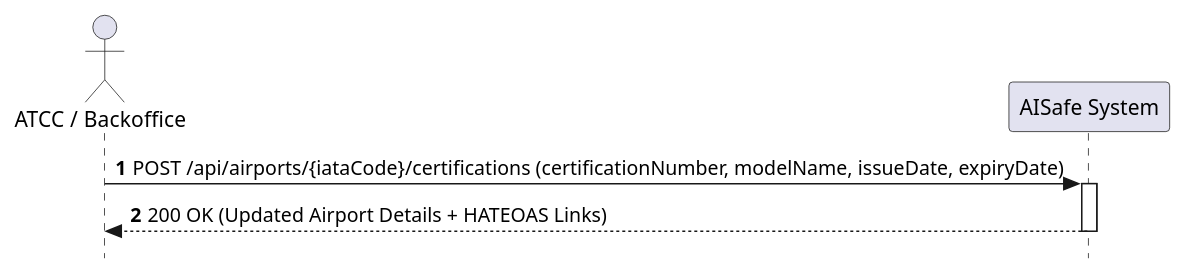
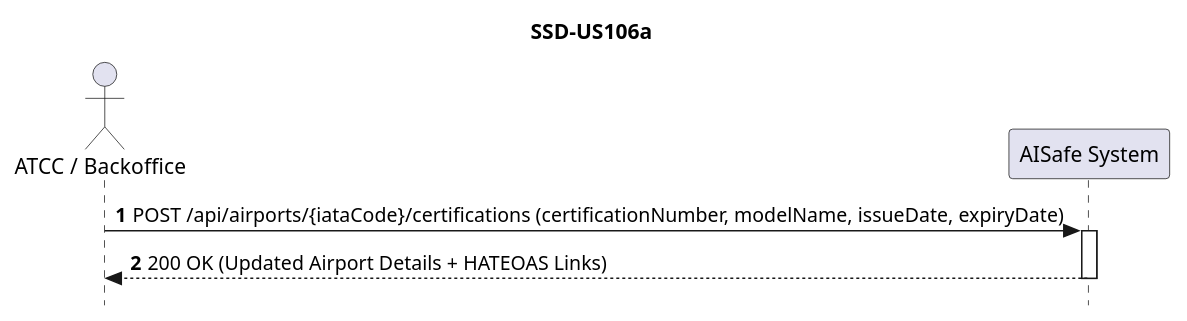
Before and after one commit to anamartasilvaa/PSOFT_AISafe_Flight: the diagram in docs/WP#2A-Airports/US106a/US106a-SSD.puml, drawn with PlantUML. The commit also changed 39 other files, not shown here.

Commit message:
Títulos nos diagramas

```diff
--- a/docs/WP#2A-Airports/US106a/US106a-SSD.puml
+++ b/docs/WP#2A-Airports/US106a/US106a-SSD.puml
@@ -1,13 +1,14 @@
 @startuml
 skinparam style strictuml
 autonumber
+title SSD-US106a
 
 actor "ATCC / Backoffice" as Actor
 participant "AISafe System" as System
 
 Actor -> System : POST /api/airports/{iataCode}/certifications (certificationNumber, modelName, issueDate, expiryDate)
 activate System
 
 System --> Actor : 200 OK (Updated Airport Details + HATEOAS Links)
 deactivate System
 @enduml
```
